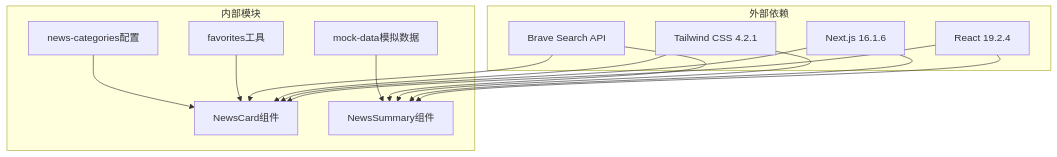
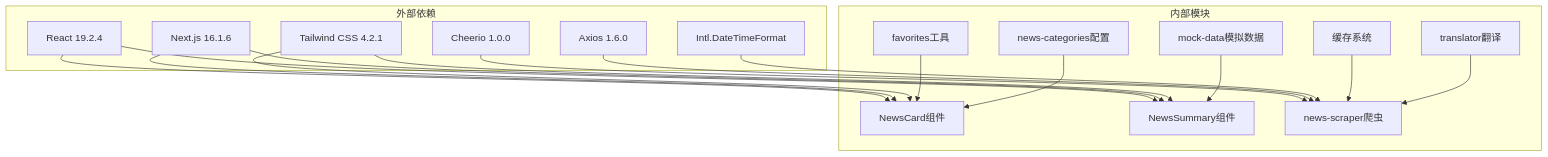
Before and after one commit to zuozuoliu740-cmd/xianxiong-news: the sixth of 6 diagrams in .qoder/repowiki/zh/content/UI组件系统/新闻展示组件.md, drawn with Mermaid. The commit also changed other lines of this file and 27 other files, not shown here.

Commit message:
feat: 新增AI实验室模块 - AI爆品替换工作台(视频替换/商品详情生成/图生视频/英文配音)、我的视频管理、首页入口卡片

````diff
--- a/.qoder/repowiki/zh/content/UI组件系统/新闻展示组件.md
+++ b/.qoder/repowiki/zh/content/UI组件系统/新闻展示组件.md
@@ -360,27 +440,35 @@
 ```mermaid
 graph TB
 subgraph "外部依赖"
 React[React 19.2.4]
 Next[Next.js 16.1.6]
 Tailwind[Tailwind CSS 4.2.1]
-Brave[Brave Search API]
+Cheerio[Cheerio 1.0.0]
+Axios[Axios 1.6.0]
+Intl[Intl.DateTimeFormat]
 end
 subgraph "内部模块"
 NewsCard[NewsCard组件]
 NewsSummary[NewsSummary组件]
 Favorites[favorites工具]
 Categories[news-categories配置]
+Scraper[news-scraper爬虫]
 MockData[mock-data模拟数据]
+Cache[缓存系统]
+Translator[translator翻译]
 end
 React --> NewsCard
 React --> NewsSummary
 Next --> NewsCard
 Next --> NewsSummary
 Tailwind --> NewsCard
 Tailwind --> NewsSummary
-Brave --> NewsCard
-Brave --> NewsSummary
+Cheerio --> Scraper
+Axios --> Scraper
+Intl --> Scraper
 Favorites --> NewsCard
 Categories --> NewsCard
 MockData --> NewsSummary
+Cache --> Scraper
+Translator --> Scraper
 ```
````
